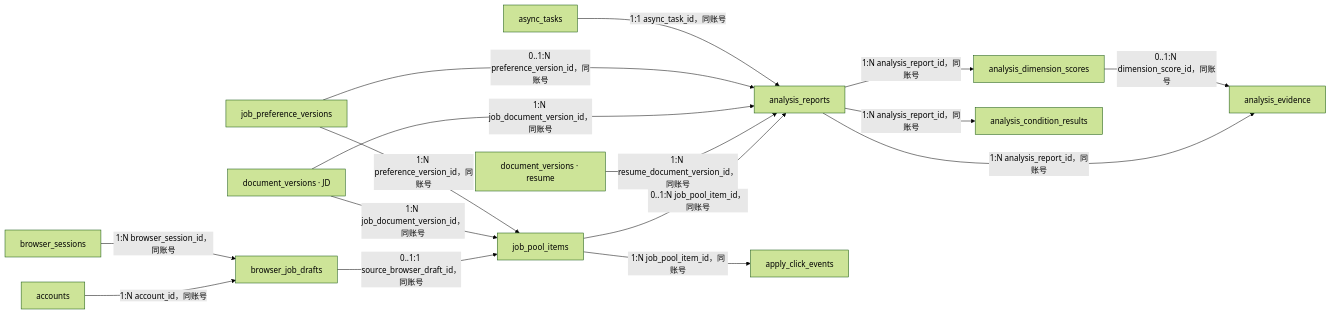
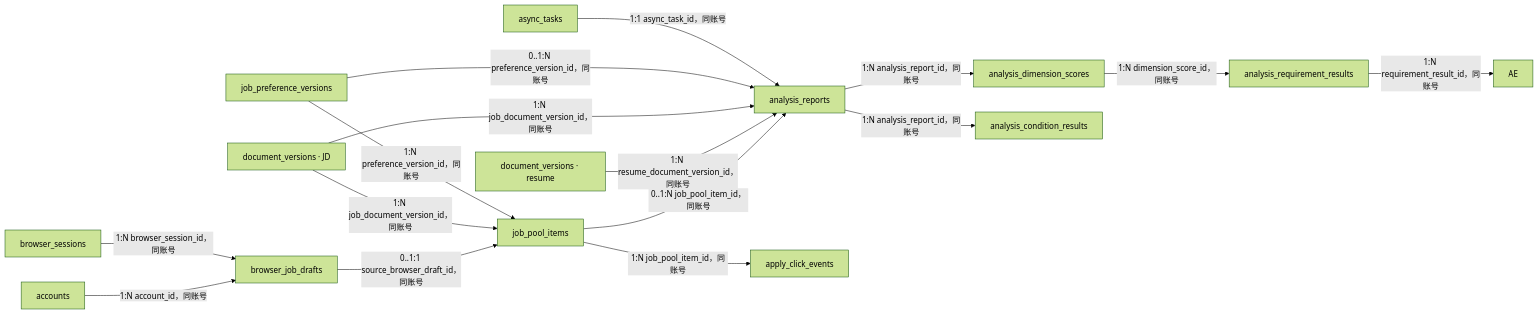
Before and after one commit to ld0574/Purslyx: the diagram in docs/02-technical/database/匹配池数据库设计.md, drawn with Mermaid (forest theme). The commit also changed other lines of this file and 35 other files, not shown here.

````diff
--- a/docs/02-technical/database/匹配池数据库设计.md
+++ b/docs/02-technical/database/匹配池数据库设计.md
@@ -23,18 +23,18 @@
 ```mermaid
 flowchart LR
     A[accounts] -->|1:N account_id，同账号| BD[browser_job_drafts]
     BS[browser_sessions] -->|1:N browser_session_id，同账号| BD
     BD -->|0..1:1 source_browser_draft_id，同账号| JP[job_pool_items]
     JDV[document_versions · JD] -->|1:N job_document_version_id，同账号| JP
     PV[job_preference_versions] -->|1:N preference_version_id，同账号| JP
     JP -->|0..1:N job_pool_item_id，同账号| AR[analysis_reports]
     RDV[document_versions · resume] -->|1:N resume_document_version_id，同账号| AR
     JDV -->|1:N job_document_version_id，同账号| AR
     PV -->|0..1:N preference_version_id，同账号| AR
     AT[async_tasks] -->|1:1 async_task_id，同账号| AR
     AR -->|1:N analysis_report_id，同账号| DS[analysis_dimension_scores]
-    AR -->|1:N analysis_report_id，同账号| AE[analysis_evidence]
-    DS -->|0..1:N dimension_score_id，同账号| AE
+    DS -->|1:N dimension_score_id，同账号| RR[analysis_requirement_results]
+    RR -->|1:N requirement_result_id，同账号| AE
     AR -->|1:N analysis_report_id，同账号| CR[analysis_condition_results]
     JP -->|1:N job_pool_item_id，同账号| CE[apply_click_events]
 ```
````
